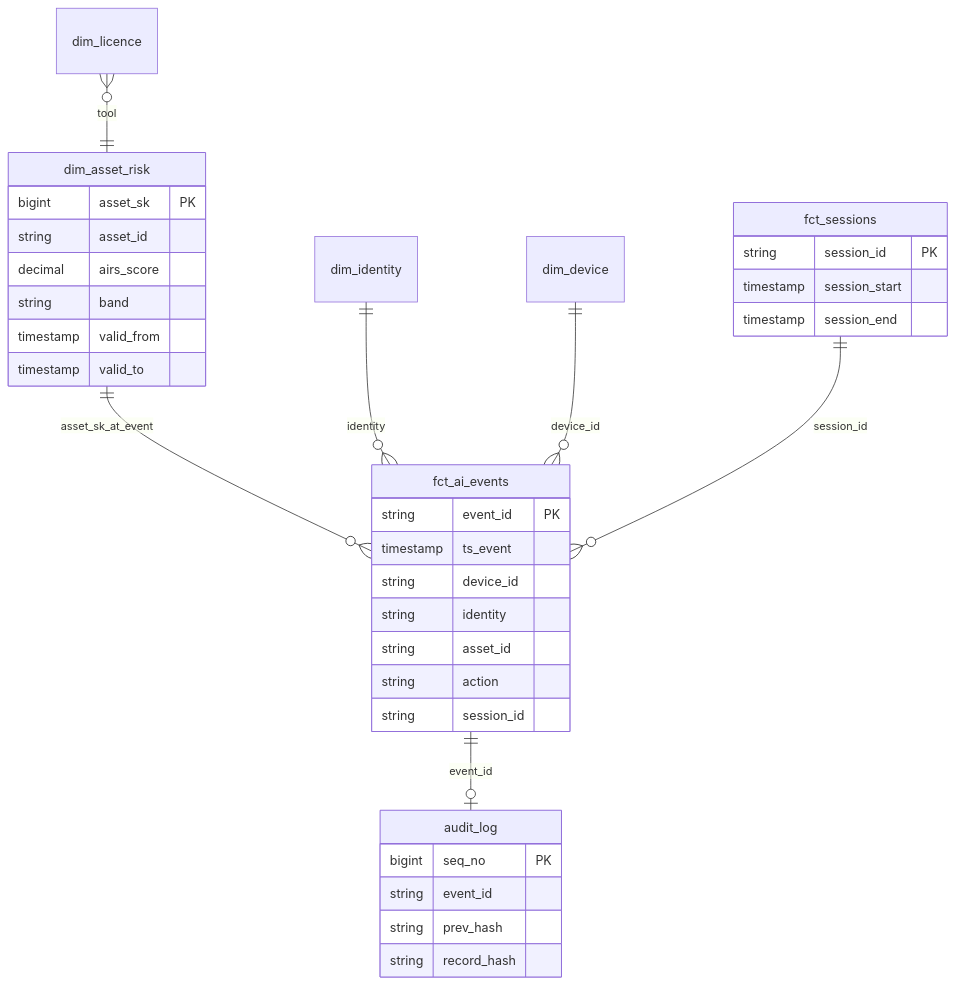
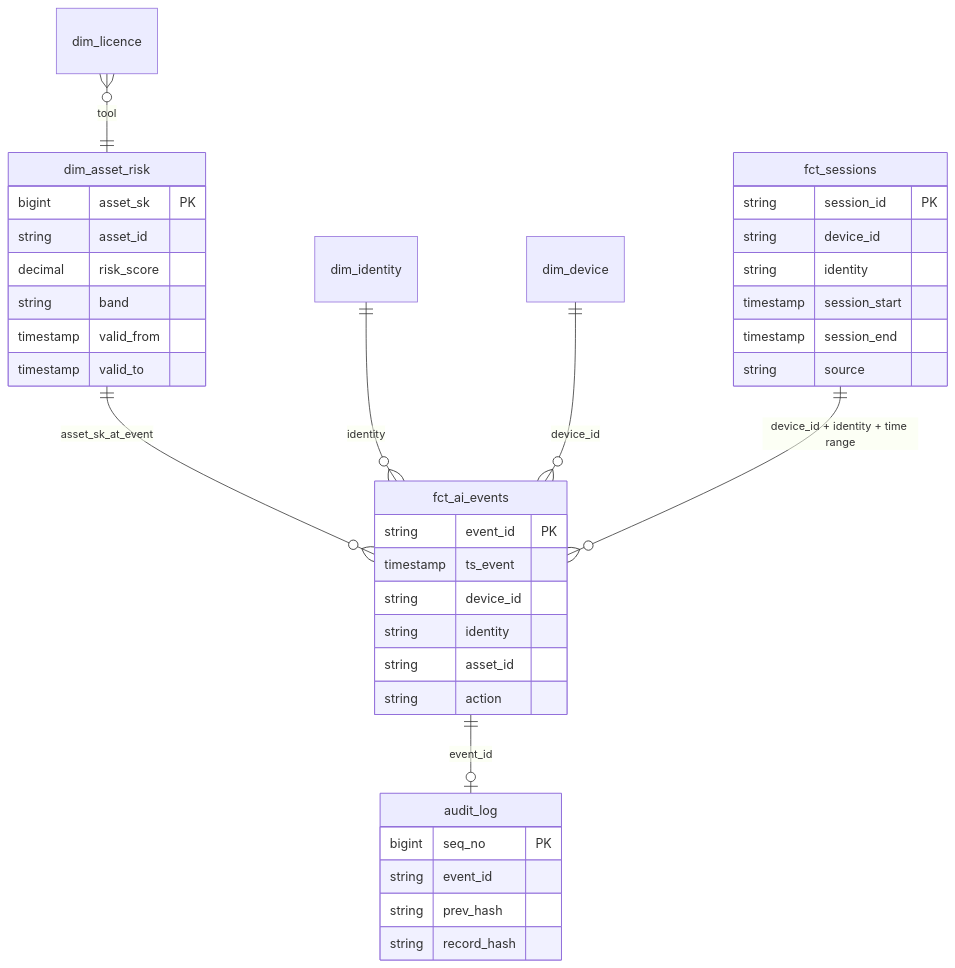
One commit to sayanah1121/AIRS-Lite-an-AI-Asset-Risk-Lakehouse changed the diagram in docs/03-data-model.md. Above: the diagram before and after it, drawn with Mermaid. The commit also changed other lines of this file and 104 other files, not shown here.

````diff
--- a/docs/03-data-model.md
+++ b/docs/03-data-model.md
@@ -140,37 +142,39 @@
 ```mermaid
 erDiagram
     dim_asset_risk ||--o{ fct_ai_events : "asset_sk_at_event"
     dim_identity ||--o{ fct_ai_events : identity
     dim_device ||--o{ fct_ai_events : device_id
-    fct_sessions ||--o{ fct_ai_events : session_id
+    fct_sessions ||--o{ fct_ai_events : "device_id + identity + time range"
     fct_ai_events ||--o| audit_log : event_id
     dim_licence }o--|| dim_asset_risk : tool
     dim_asset_risk {
         bigint asset_sk PK
         string asset_id
-        decimal airs_score
+        decimal risk_score
         string band
         timestamp valid_from
         timestamp valid_to
     }
     fct_ai_events {
         string event_id PK
         timestamp ts_event
         string device_id
         string identity
         string asset_id
         string action
-        string session_id
     }
     fct_sessions {
         string session_id PK
+        string device_id
+        string identity
         timestamp session_start
         timestamp session_end
+        string source
     }
     audit_log {
         bigint seq_no PK
         string event_id
         string prev_hash
         string record_hash
     }
 ```
````
